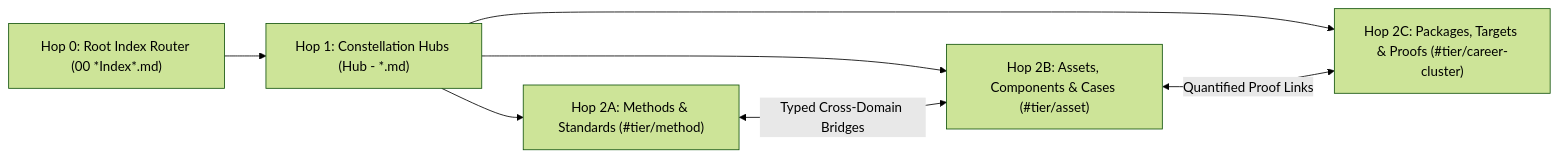
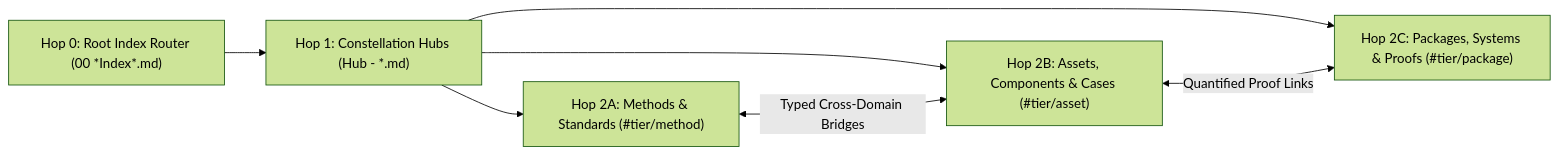
One commit to iscvlab/boostx changed the diagram in skills/xobsidian/SKILL.md. Above: the diagram before and after it, drawn with Mermaid (forest theme). The commit also changed other lines of this file and 25 other files, not shown here.

````diff
--- a/skills/xobsidian/SKILL.md
+++ b/skills/xobsidian/SKILL.md
@@ -76,9 +76,9 @@
 ```mermaid
 flowchart LR
     Hop0["Hop 0: Root Index Router (00 *Index*.md)"] --> Hop1["Hop 1: Constellation Hubs (Hub - *.md)"]
     Hop1 --> Method["Hop 2A: Methods & Standards (#tier/method)"]
     Hop1 --> Asset["Hop 2B: Assets, Components & Cases (#tier/asset)"]
-    Hop1 --> Career["Hop 2C: Packages, Targets & Proofs (#tier/career-cluster)"]
+    Hop1 --> Proof["Hop 2C: Packages, Systems & Proofs (#tier/package)"]
     Method <-->|"Typed Cross-Domain Bridges"| Asset
-    Asset <-->|"Quantified Proof Links"| Career
+    Asset <-->|"Quantified Proof Links"| Proof
 ```
````
